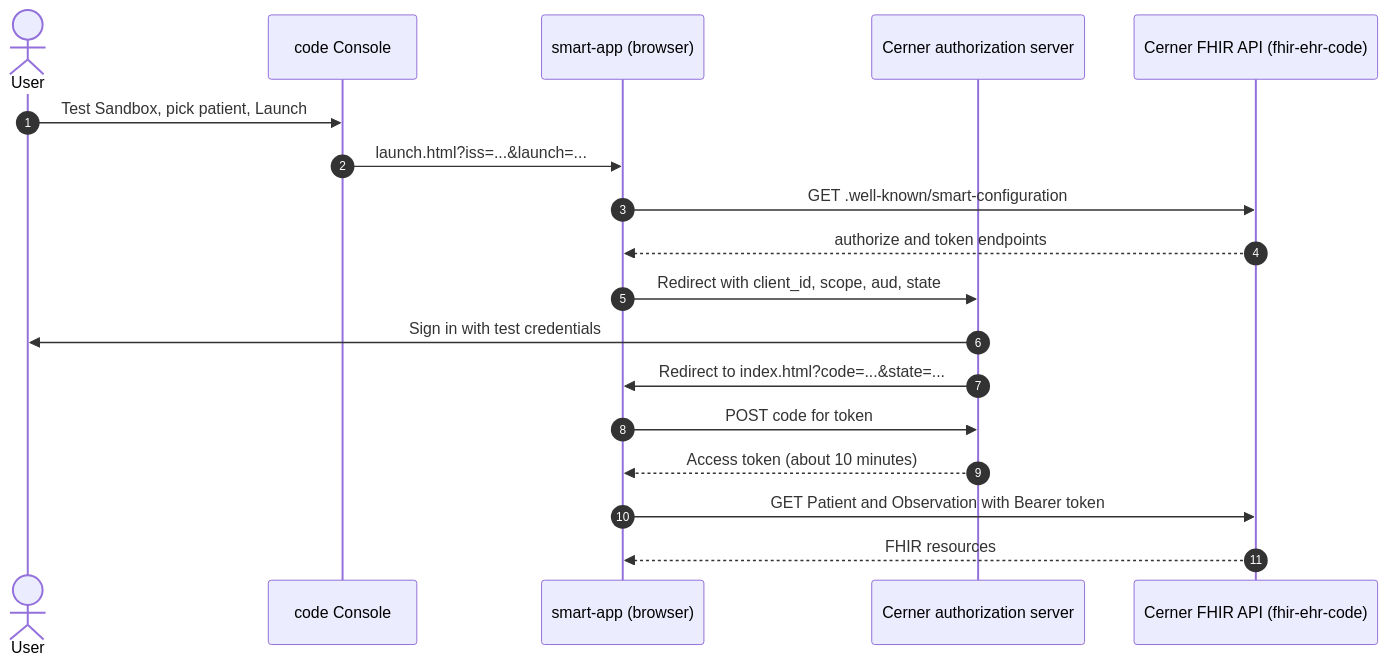
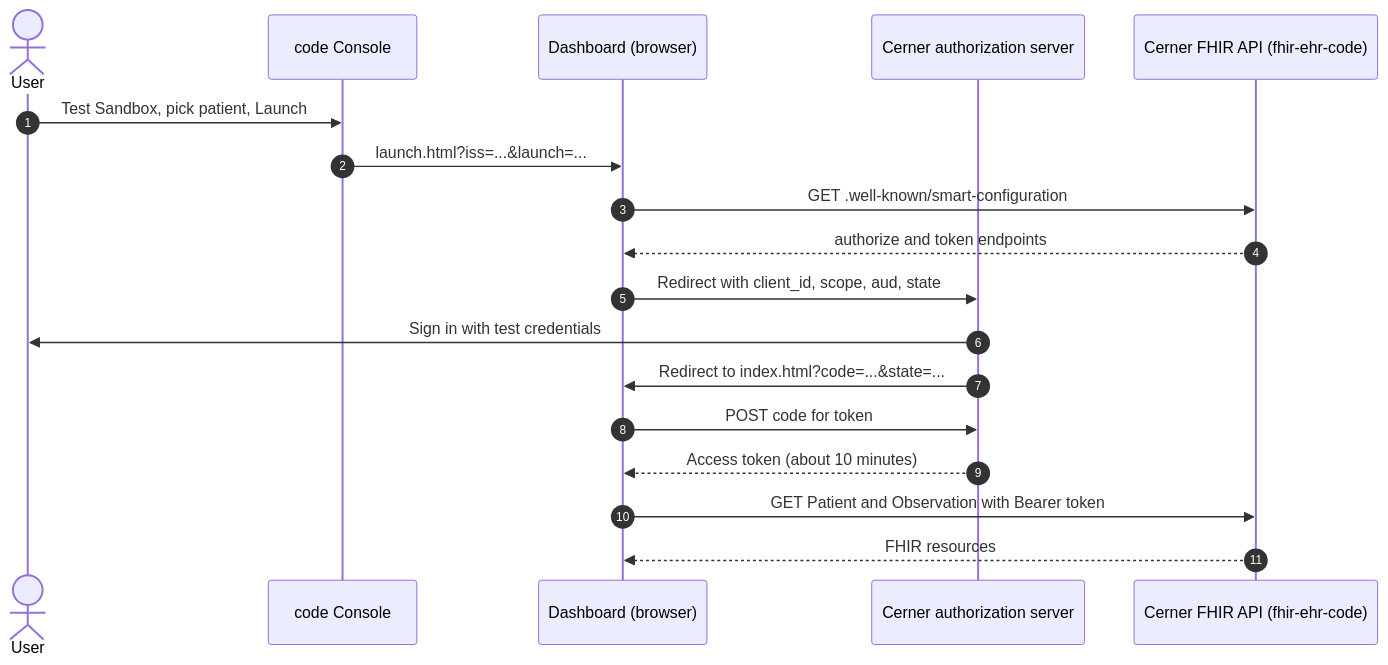
One commit to tonyreina/ehr_sandbox changed the third of 4 diagrams in docs/auth.md. Above: the diagram before and after it, drawn with Mermaid. The commit also changed other lines of this file and 15 other files, not shown here.

````diff
--- a/docs/auth.md
+++ b/docs/auth.md
@@ -62,21 +64,21 @@
 ```mermaid
 sequenceDiagram
     autonumber
     actor User
     participant Console as code Console
-    participant App as smart-app (browser)
+    participant App as Dashboard (browser)
     participant Auth as Cerner authorization server
     participant FHIR as Cerner FHIR API (fhir-ehr-code)
 
     User->>Console: Test Sandbox, pick patient, Launch
     Console->>App: launch.html?iss=...&launch=...
     App->>FHIR: GET .well-known/smart-configuration
     FHIR-->>App: authorize and token endpoints
     App->>Auth: Redirect with client_id, scope, aud, state
     Auth->>User: Sign in with test credentials
     Auth->>App: Redirect to index.html?code=...&state=...
     App->>Auth: POST code for token
     Auth-->>App: Access token (about 10 minutes)
     App->>FHIR: GET Patient and Observation with Bearer token
     FHIR-->>App: FHIR resources
 ```
````
